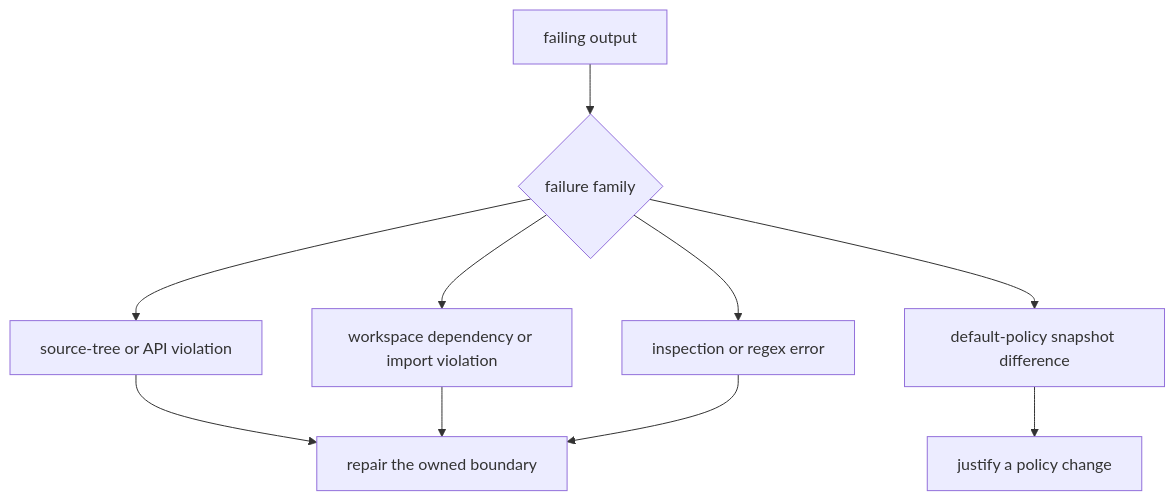
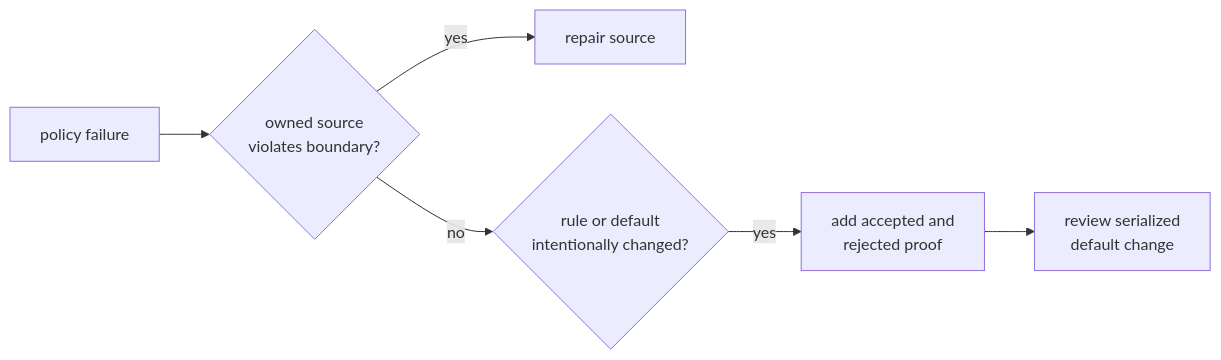
One commit to bijux/bijux-telecom changed the second of 2 diagrams in crates/bijux-gnss-policies/README.md. Above: the diagram before and after it, drawn with Mermaid. The commit also changed other lines of this file and 1 other file, not shown here.

Commit message:
docs(quality): bound policy checks and test evidence

````diff
--- a/crates/bijux-gnss-policies/README.md
+++ b/crates/bijux-gnss-policies/README.md
@@ -60,17 +74,14 @@
 ```mermaid
-flowchart TD
-    failure["failing output"]
-    family{"failure family"}
-    source["source-tree or API violation"]
-    dependency["workspace dependency or import violation"]
-    snapshot["default-policy snapshot difference"]
-    inspect["inspection or regex error"]
-    repair["repair the owned boundary"]
-    justify["justify a policy change"]
+flowchart LR
+    failure["policy failure"]
+    source{"owned source<br/>violates boundary?"}
+    repair["repair source"]
+    policy{"rule or default<br/>intentionally changed?"}
+    prove["add accepted and<br/>rejected proof"]
+    snapshot["review serialized<br/>default change"]
 
-    failure --> family
-    family --> source --> repair
-    family --> dependency --> repair
-    family --> snapshot --> justify
-    family --> inspect --> repair
+    failure --> source
+    source -->|"yes"| repair
+    source -->|"no"| policy
+    policy -->|"yes"| prove --> snapshot
 ```
````
